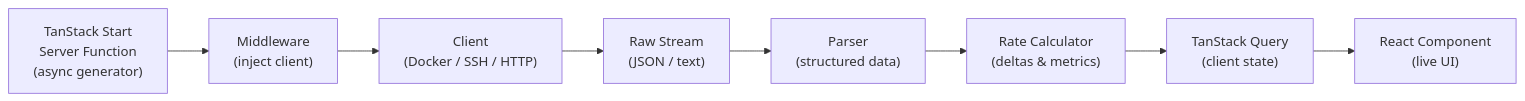
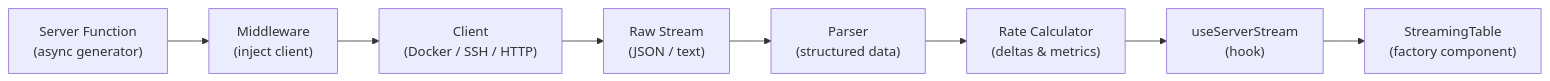
Before and after one commit to jaredglaser/homelab-manager: the second of 2 diagrams in README.md, drawn with Mermaid. The commit also changed other lines of this file, not shown here.

````diff
--- a/README.md
+++ b/README.md
@@ -78,13 +79,13 @@
 ```mermaid
 flowchart LR
-    SF["TanStack Start<br/>Server Function<br/>(async generator)"]
+    SF["Server Function<br/>(async generator)"]
     MW["Middleware<br/>(inject client)"]
     CL["Client<br/>(Docker / SSH / HTTP)"]
     RS["Raw Stream<br/>(JSON / text)"]
     PA["Parser<br/>(structured data)"]
     RC["Rate Calculator<br/>(deltas & metrics)"]
-    TQ["TanStack Query<br/>(client state)"]
-    UI["React Component<br/>(live UI)"]
+    Hook["useServerStream<br/>(hook)"]
+    ST["StreamingTable<br/>(factory component)"]
 
-    SF --> MW --> CL --> RS --> PA --> RC --> TQ --> UI
+    SF --> MW --> CL --> RS --> PA --> RC --> Hook --> ST
 ```
````
